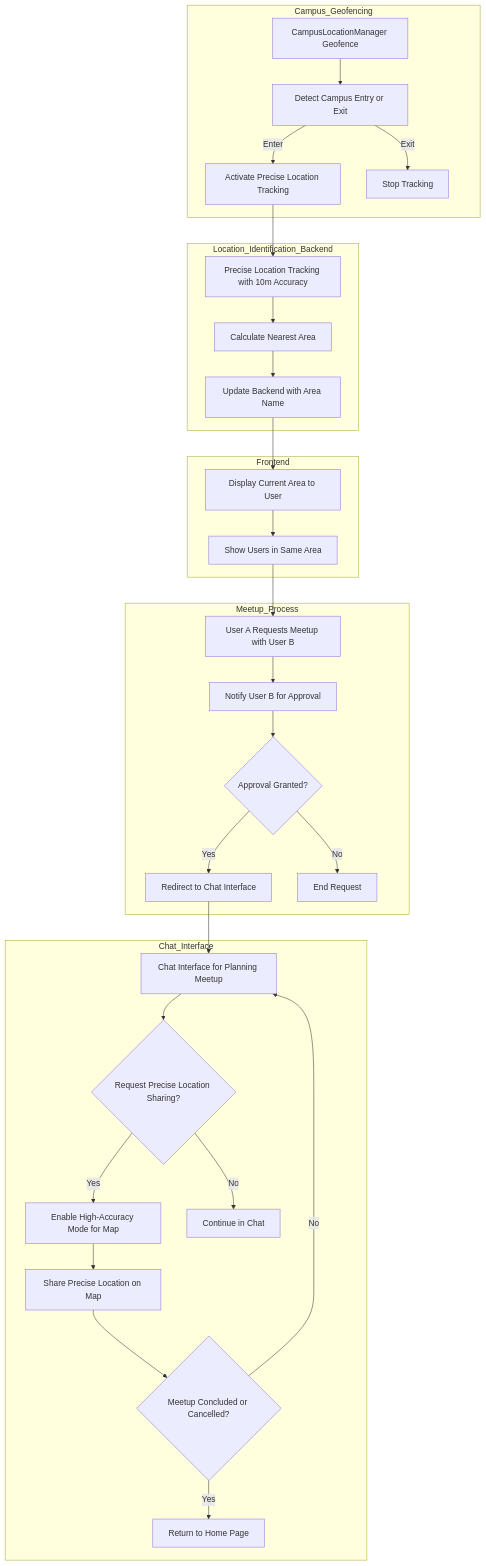
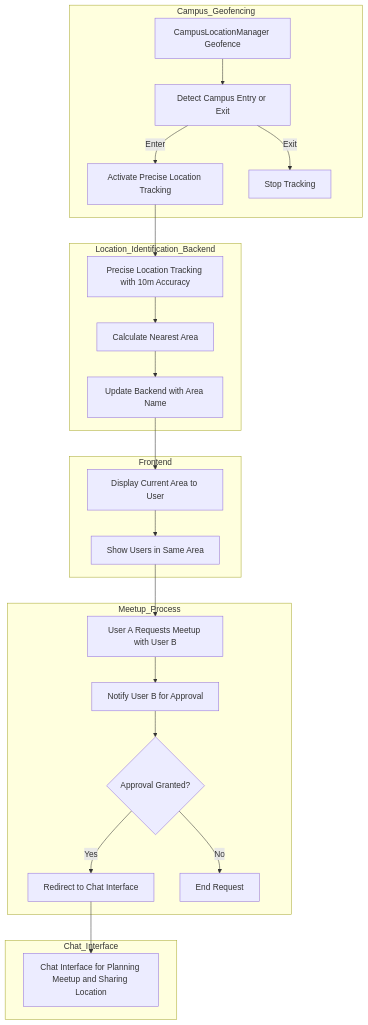
The diagram in docs/CONTRIBUTING.md (psycho-baller/Orbit), drawn with Mermaid before and after one commit.

Commit message:
made mermaid chart true

````diff
--- a/docs/CONTRIBUTING.md
+++ b/docs/CONTRIBUTING.md
@@ -9,55 +9,42 @@
 ```mermaid
 flowchart TD
  subgraph Campus_Geofencing["Campus_Geofencing"]
         D["Detect Campus Entry or Exit"]
         C["CampusLocationManager Geofence"]
         E["Activate Precise Location Tracking"]
         F["Stop Tracking"]
   end
  subgraph Location_Identification["Location_Identification_Backend"]
         H["Calculate Nearest Area"]
         G["Precise Location Tracking with 10m Accuracy"]
         I["Update Backend with Area Name"]
   end
  subgraph Frontend["Frontend"]
         J["Display Current Area to User"]
         K["Show Users in Same Area"]
   end
  subgraph Meetup_Process["Meetup_Process"]
         L["User A Requests Meetup with User B"]
         M["Notify User B for Approval"]
         N{"Approval Granted?"}
         O["Redirect to Chat Interface"]
         P["End Request"]
   end
  subgraph Chat_Interface["Chat_Interface"]
-        Q["Chat Interface for Planning Meetup"]
-        R{"Request Precise Location Sharing?"}
-        S["Enable High-Accuracy Mode for Map"]
-        T["Continue in Chat"]
-        U["Share Precise Location on Map"]
-        V{"Meetup Concluded or Cancelled?"}
-        W["Return to Home Page"]
+        Q["Chat Interface for Planning Meetup and Sharing Location"]
   end
     C --> D
     D -- Enter --> E
     D -- Exit --> F
     G --> H
     H --> I
     I --> J
     J --> K
     K --> L
     L --> M
     M --> N
     N -- Yes --> O
     N -- No --> P
     O --> Q
-    Q --> R
-    R -- Yes --> S
-    R -- No --> T
-    S --> U
-    U --> V
-    V -- Yes --> W
-    V -- No --> Q
     E --> G
 ```
````
